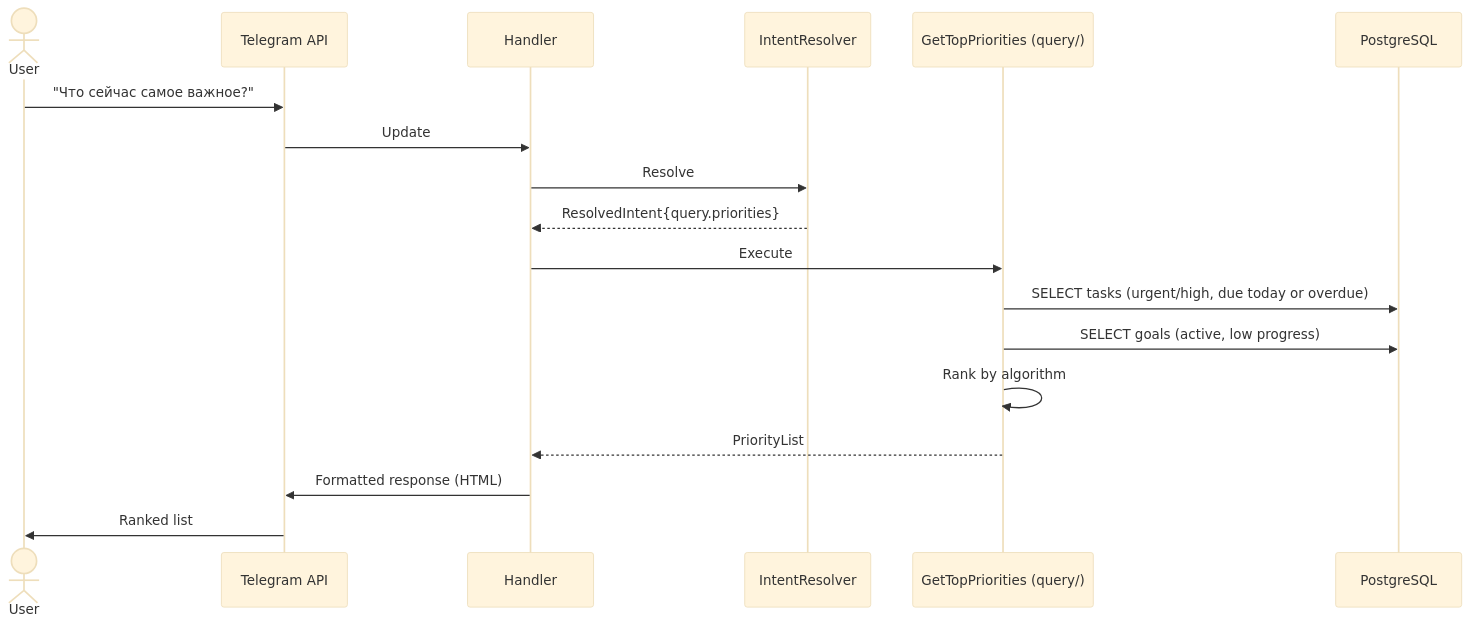
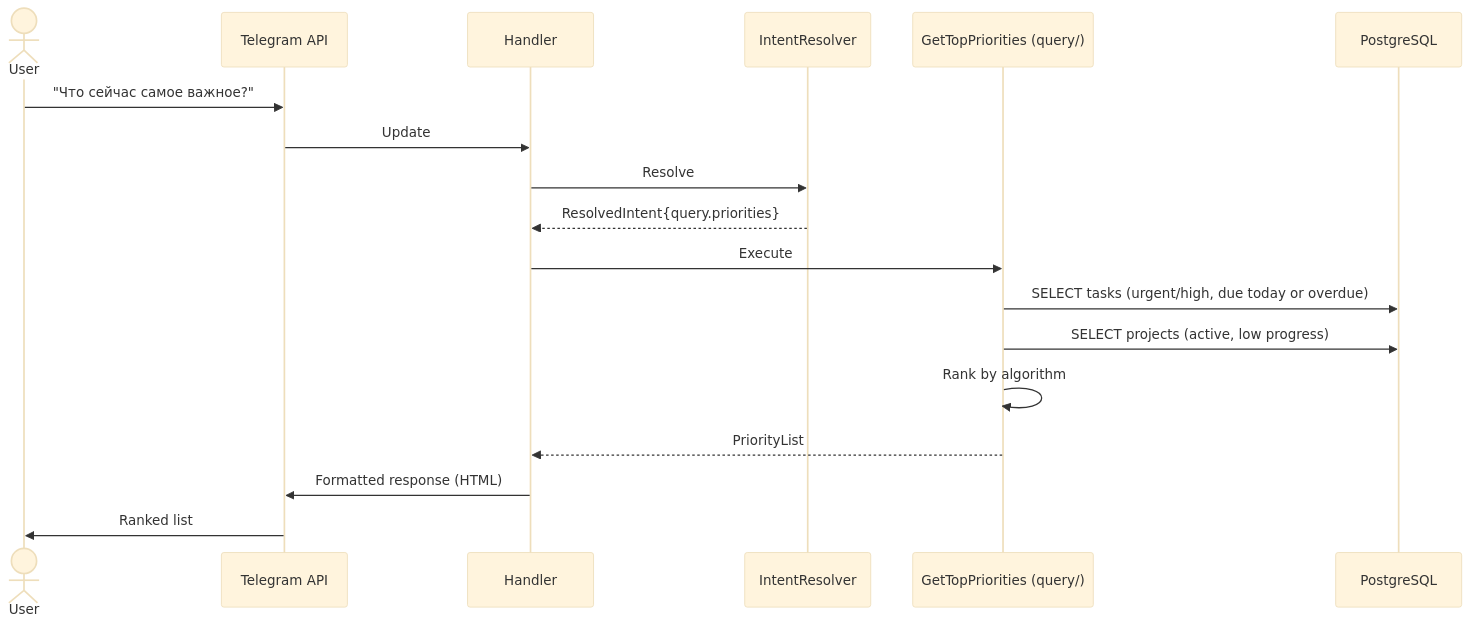
The fourth of 8 diagrams in docs/diagrams/SEQUENCE.md (ezhigval/lifeos), drawn with Mermaid (base theme) before and after one commit. The commit also changed other lines of this file and 27 other files, not shown here.

First line of the commit message:
docs: sync architecture with code and scaffold three-agent orchestration

````diff
--- a/docs/diagrams/SEQUENCE.md
+++ b/docs/diagrams/SEQUENCE.md
@@ -98,21 +99,21 @@
 ```mermaid
 sequenceDiagram
     actor User
     participant TG as Telegram API
     participant H as Handler
     participant IR as IntentResolver
     participant QP as GetTopPriorities (query/)
     participant DB as PostgreSQL
 
     User->>TG: "Что сейчас самое важное?"
     TG->>H: Update
     H->>IR: Resolve
     IR-->>H: ResolvedIntent{query.priorities}
     H->>QP: Execute
     QP->>DB: SELECT tasks (urgent/high, due today or overdue)
-    QP->>DB: SELECT goals (active, low progress)
+    QP->>DB: SELECT projects (active, low progress)
     QP->>QP: Rank by algorithm
     QP-->>H: PriorityList
     H->>TG: Formatted response (HTML)
     TG->>User: Ranked list
 ```
````
